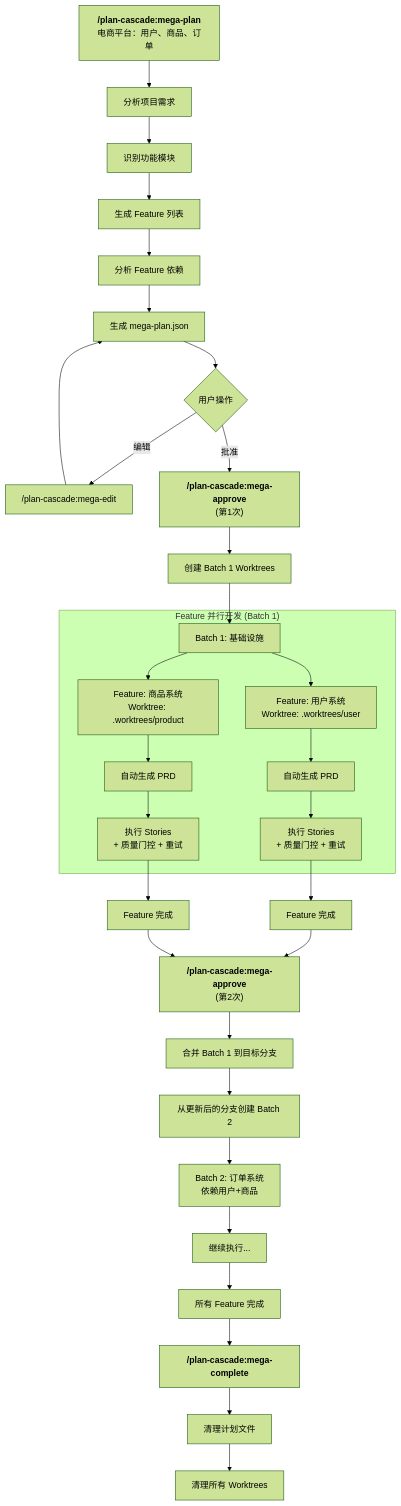
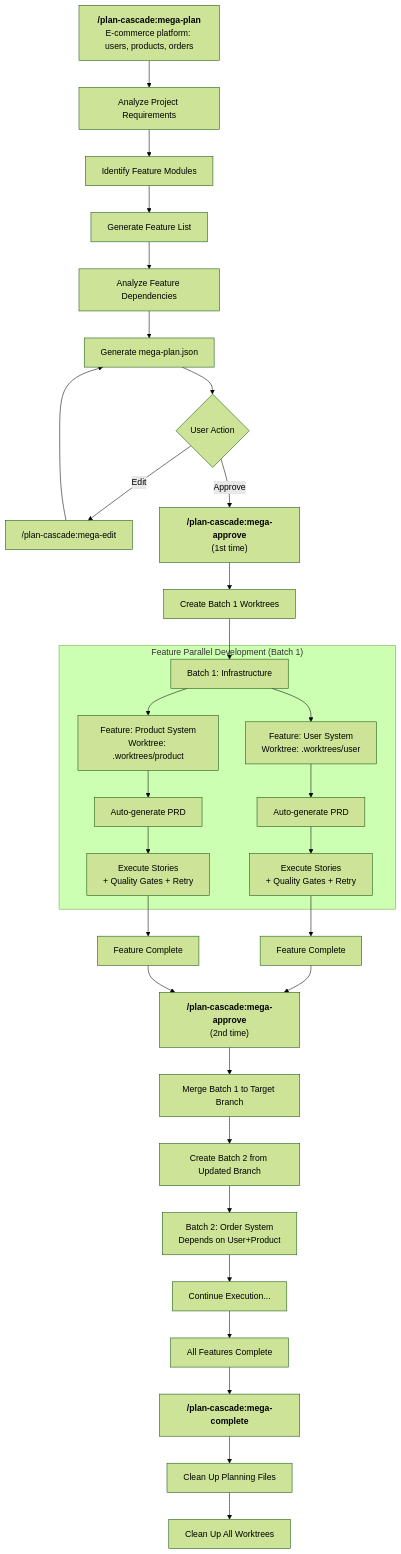
One commit to Taoidle/plan-cascade changed the fourth of 8 diagrams in docs/System-Architecture.md. Above: the diagram before and after it, drawn with Mermaid (forest theme). The commit also changed other lines of this file and 13 other files, not shown here.

````diff
--- a/docs/System-Architecture.md
+++ b/docs/System-Architecture.md
@@ -218,42 +220,42 @@
 ```mermaid
 flowchart TD
-    A["<b>/plan-cascade:mega-plan</b><br/>电商平台：用户、商品、订单"] --> B[分析项目需求]
-    B --> C[识别功能模块]
-    C --> D[生成 Feature 列表]
-    D --> E[分析 Feature 依赖]
-    E --> F[生成 mega-plan.json]
+    A["<b>/plan-cascade:mega-plan</b><br/>E-commerce platform: users, products, orders"] --> B[Analyze Project Requirements]
+    B --> C[Identify Feature Modules]
+    C --> D[Generate Feature List]
+    D --> E[Analyze Feature Dependencies]
+    E --> F[Generate mega-plan.json]
 
-    F --> G{用户操作}
-    G -->|编辑| H["/plan-cascade:mega-edit"]
+    F --> G{User Action}
+    G -->|Edit| H["/plan-cascade:mega-edit"]
     H --> F
-    G -->|批准| I["<b>/plan-cascade:mega-approve</b><br/>(第1次)"]
+    G -->|Approve| I["<b>/plan-cascade:mega-approve</b><br/>(1st time)"]
 
-    I --> J[创建 Batch 1 Worktrees]
-    J --> K[Batch 1: 基础设施]
+    I --> J[Create Batch 1 Worktrees]
+    J --> K[Batch 1: Infrastructure]
 
-    subgraph "Feature 并行开发 (Batch 1)"
-        K --> L1["Feature: 用户系统<br/>Worktree: .worktrees/user"]
-        K --> L2["Feature: 商品系统<br/>Worktree: .worktrees/product"]
+    subgraph "Feature Parallel Development (Batch 1)"
+        K --> L1["Feature: User System<br/>Worktree: .worktrees/user"]
+        K --> L2["Feature: Product System<br/>Worktree: .worktrees/product"]
 
-        L1 --> M1[自动生成 PRD]
-        L2 --> M2[自动生成 PRD]
+        L1 --> M1[Auto-generate PRD]
+        L2 --> M2[Auto-generate PRD]
 
-        M1 --> N1[执行 Stories<br/>+ 质量门控 + 重试]
-        M2 --> N2[执行 Stories<br/>+ 质量门控 + 重试]
+        M1 --> N1[Execute Stories<br/>+ Quality Gates + Retry]
+        M2 --> N2[Execute Stories<br/>+ Quality Gates + Retry]
     end
 
-    N1 --> O1[Feature 完成]
-    N2 --> O2[Feature 完成]
+    N1 --> O1[Feature Complete]
+    N2 --> O2[Feature Complete]
 
-    O1 --> P["<b>/plan-cascade:mega-approve</b><br/>(第2次)"]
+    O1 --> P["<b>/plan-cascade:mega-approve</b><br/>(2nd time)"]
     O2 --> P
-    P --> P1[合并 Batch 1 到目标分支]
-    P1 --> P2[从更新后的分支创建 Batch 2]
-    P2 --> Q[Batch 2: 订单系统<br/>依赖用户+商品]
+    P --> P1[Merge Batch 1 to Target Branch]
+    P1 --> P2[Create Batch 2 from Updated Branch]
+    P2 --> Q[Batch 2: Order System<br/>Depends on User+Product]
 
-    Q --> R[继续执行...]
-    R --> S[所有 Feature 完成]
+    Q --> R[Continue Execution...]
+    R --> S[All Features Complete]
     S --> T["<b>/plan-cascade:mega-complete</b>"]
-    T --> U[清理计划文件]
-    U --> V[清理所有 Worktrees]
+    T --> U[Clean Up Planning Files]
+    U --> V[Clean Up All Worktrees]
 ```
````
